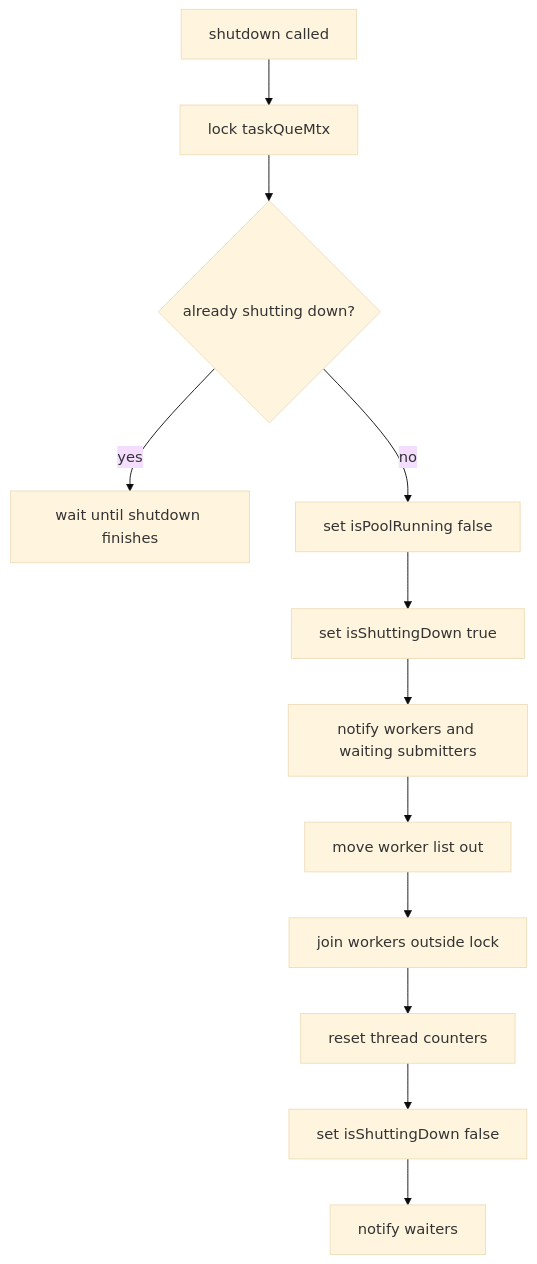
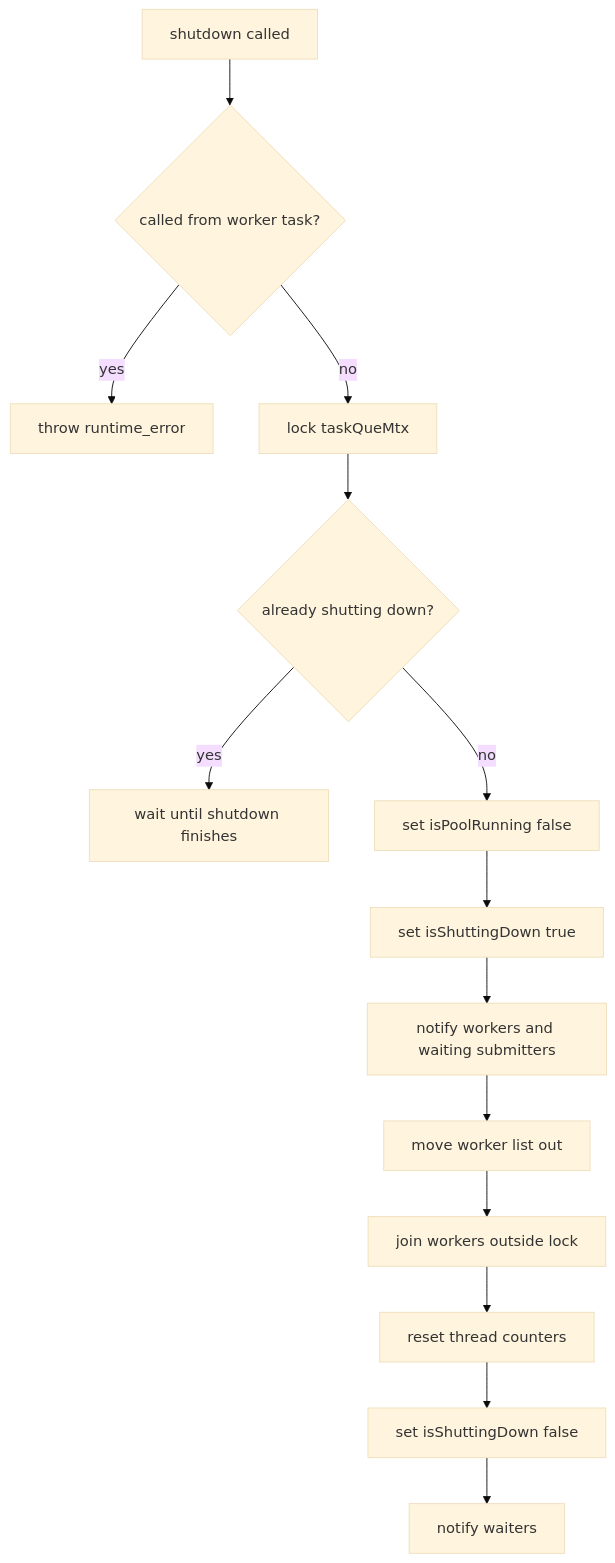
Before and after one commit to qxf-72/cpp_thread_pool: the third of 3 diagrams in docs/threadpool_lifecycle.md, drawn with Mermaid (base theme). The commit also changed other lines of this file and 6 other files, not shown here.

````diff
--- a/docs/threadpool_lifecycle.md
+++ b/docs/threadpool_lifecycle.md
@@ -47,14 +47,16 @@
 ```mermaid
 flowchart TD
-  A[shutdown called] --> B[lock taskQueMtx]
+  A[shutdown called] --> W{called from worker task?}
+  W -- yes --> X[throw runtime_error]
+  W -- no --> B[lock taskQueMtx]
   B --> C{already shutting down?}
   C -- yes --> D[wait until shutdown finishes]
   C -- no --> E[set isPoolRunning false]
   E --> F[set isShuttingDown true]
   F --> G[notify workers and waiting submitters]
   G --> H[move worker list out]
   H --> I[join workers outside lock]
   I --> J[reset thread counters]
   J --> K[set isShuttingDown false]
   K --> L[notify waiters]
 ```
````
